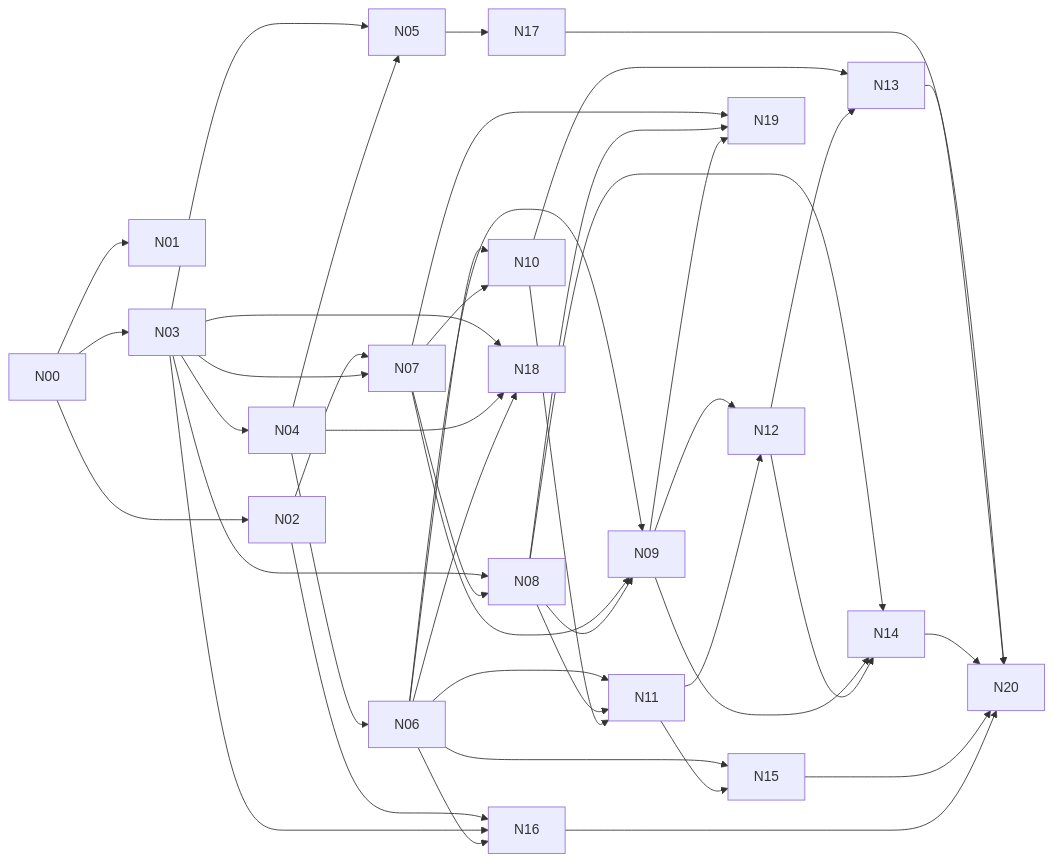
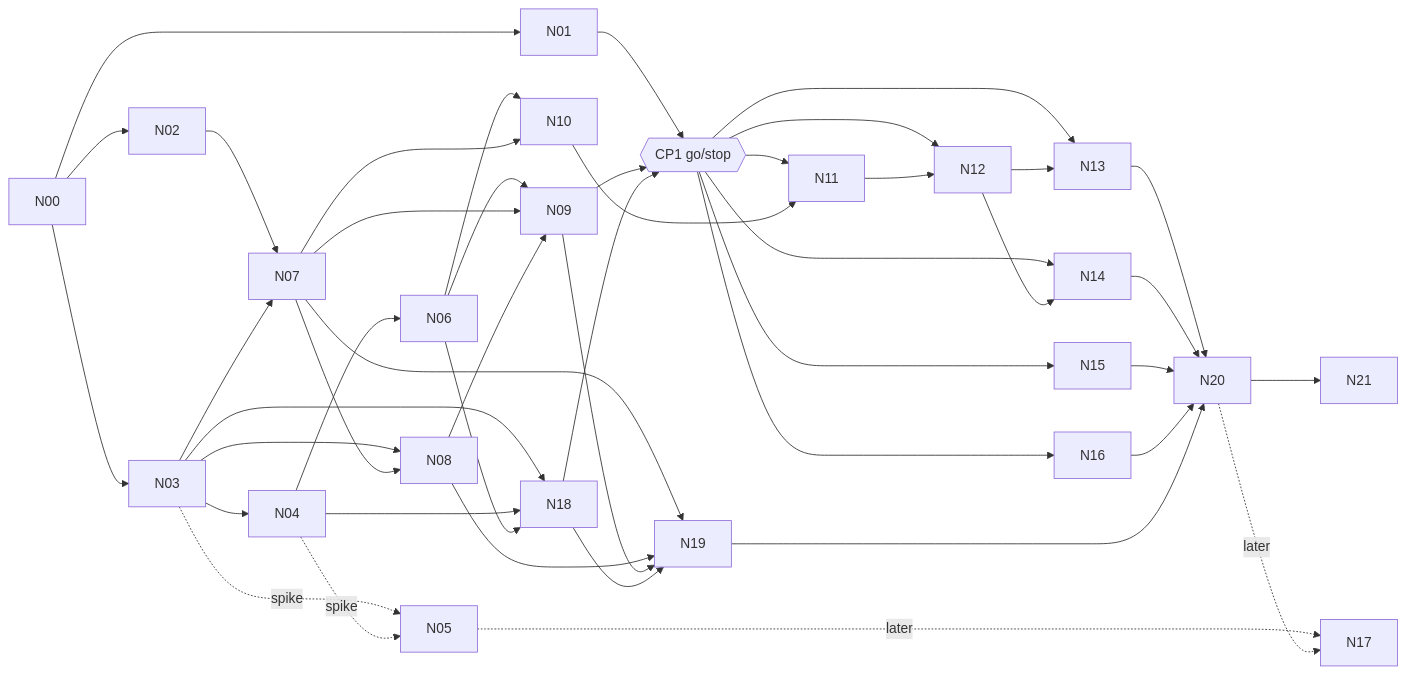
The first of 2 diagrams in docs/PRDs/native-engine/README.md (ThreeNativeHQ/threenative), drawn with Mermaid before and after one commit. The commit also changed other lines of this file and 32 other files, not shown here.

````diff
--- a/docs/PRDs/native-engine/README.md
+++ b/docs/PRDs/native-engine/README.md
@@ -63,20 +85,19 @@
 ```mermaid
 flowchart LR
   N00 --> N01 & N02 & N03
   N03 --> N04 --> N06
-  N03 & N04 --> N05
+  N03 & N04 -. spike .-> N05
   N02 & N03 --> N07
   N03 & N07 --> N08
+  N03 & N04 & N06 --> N18
   N06 & N07 & N08 --> N09
   N06 & N07 --> N10
-  N06 & N08 & N10 --> N11
-  N09 & N11 --> N12
-  N10 & N12 --> N13
-  N08 & N09 & N12 --> N14
-  N06 & N11 --> N15
-  N02 & N03 & N06 --> N16
-  N05 --> N17
-  N03 & N04 & N06 --> N18
-  N07 & N08 & N09 --> N19
-  N17 & N13 & N14 & N15 & N16 --> N20
+  N01 & N09 & N18 --> CP1{{"CP1 go/stop"}}
+  CP1 --> N11 & N12 & N13 & N14 & N15 & N16
+  N10 --> N11
+  N11 --> N12 --> N13
+  N12 --> N14
+  N07 & N08 & N09 & N18 --> N19
+  N13 & N14 & N15 & N16 & N19 --> N20 --> N21
+  N05 & N20 -. later .-> N17
 ```
````
